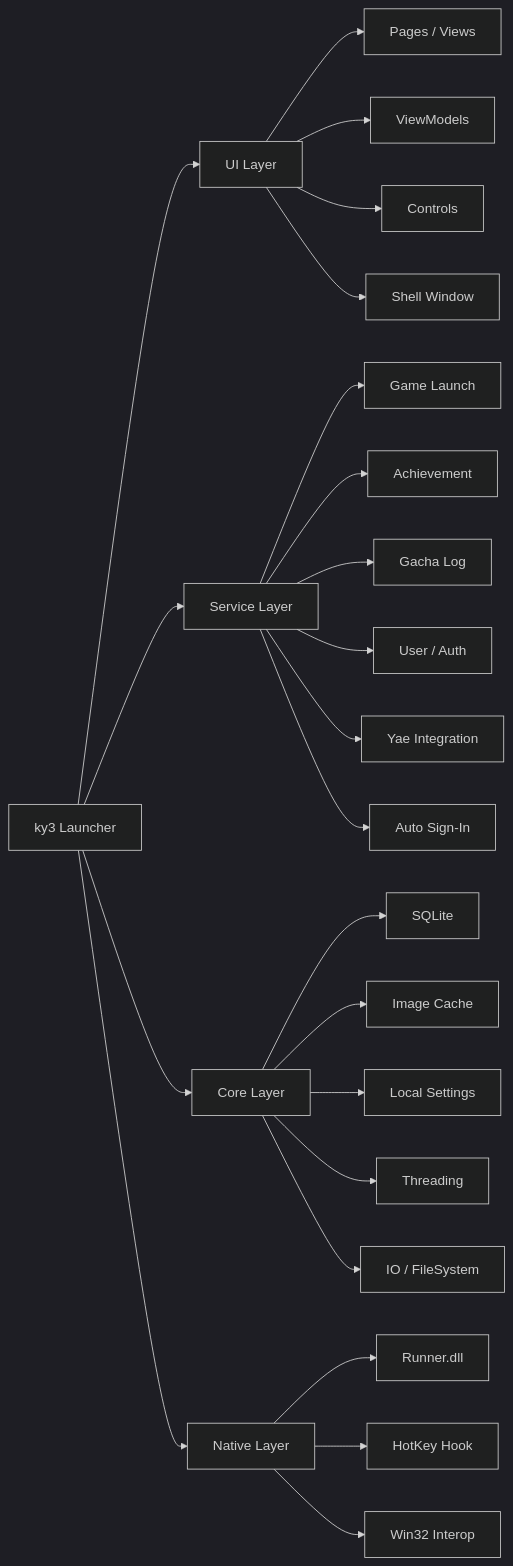
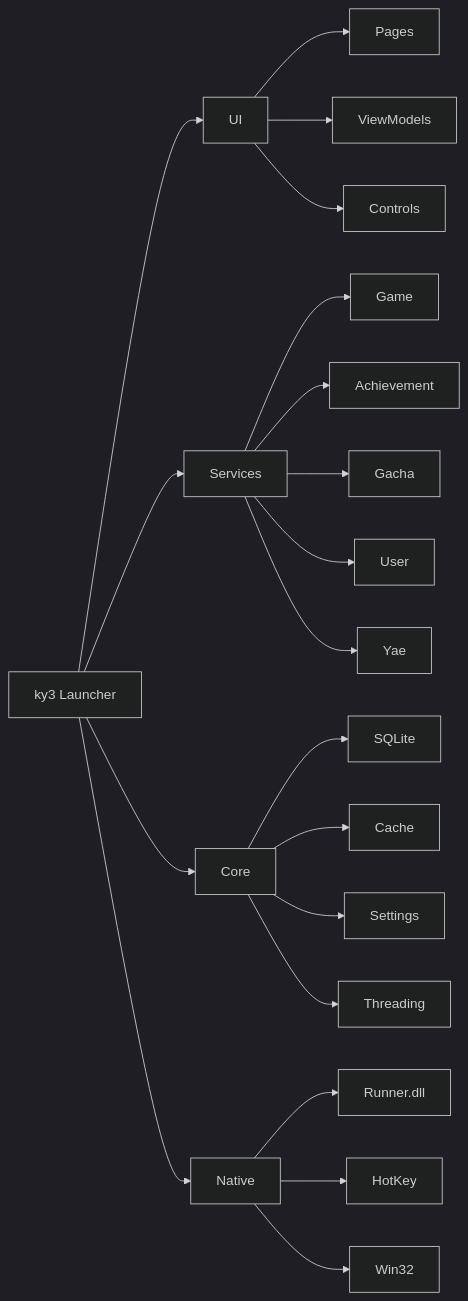
One commit to ky3-studio/ky3-Launcher changed the first of 2 diagrams in README.md. Above: the diagram before and after it, drawn with Mermaid (dark theme). The commit also changed other lines of this file, not shown here.

Commit message:
docs: reduce architecture diagram size

````diff
--- a/README.md
+++ b/README.md
@@ -22,29 +20,12 @@
 ```mermaid
 graph LR
-    A[ky3 Launcher] --> B[UI Layer]
-    A --> C[Service Layer]
-    A --> D[Core Layer]
-    A --> E[Native Layer]
+    A[ky3 Launcher] --> B[UI]
+    A --> C[Services]
+    A --> D[Core]
+    A --> E[Native]
 
-    B --> B1[Pages / Views]
-    B --> B2[ViewModels]
-    B --> B3[Controls]
-    B --> B4[Shell Window]
-
-    C --> C1[Game Launch]
-    C --> C2[Achievement]
-    C --> C3[Gacha Log]
-    C --> C4[User / Auth]
-    C --> C5[Yae Integration]
-    C --> C6[Auto Sign-In]
-
-    D --> D1[SQLite]
-    D --> D2[Image Cache]
-    D --> D3[Local Settings]
-    D --> D4[Threading]
-    D --> D5[IO / FileSystem]
-
-    E --> E1[Runner.dll]
-    E --> E2[HotKey Hook]
-    E --> E3[Win32 Interop]
+    B --> B1[Pages] & B2[ViewModels] & B3[Controls]
+    C --> C1[Game] & C2[Achievement] & C3[Gacha] & C4[User] & C5[Yae]
+    D --> D1[SQLite] & D2[Cache] & D3[Settings] & D4[Threading]
+    E --> E1[Runner.dll] & E2[HotKey] & E3[Win32]
 ```
````
